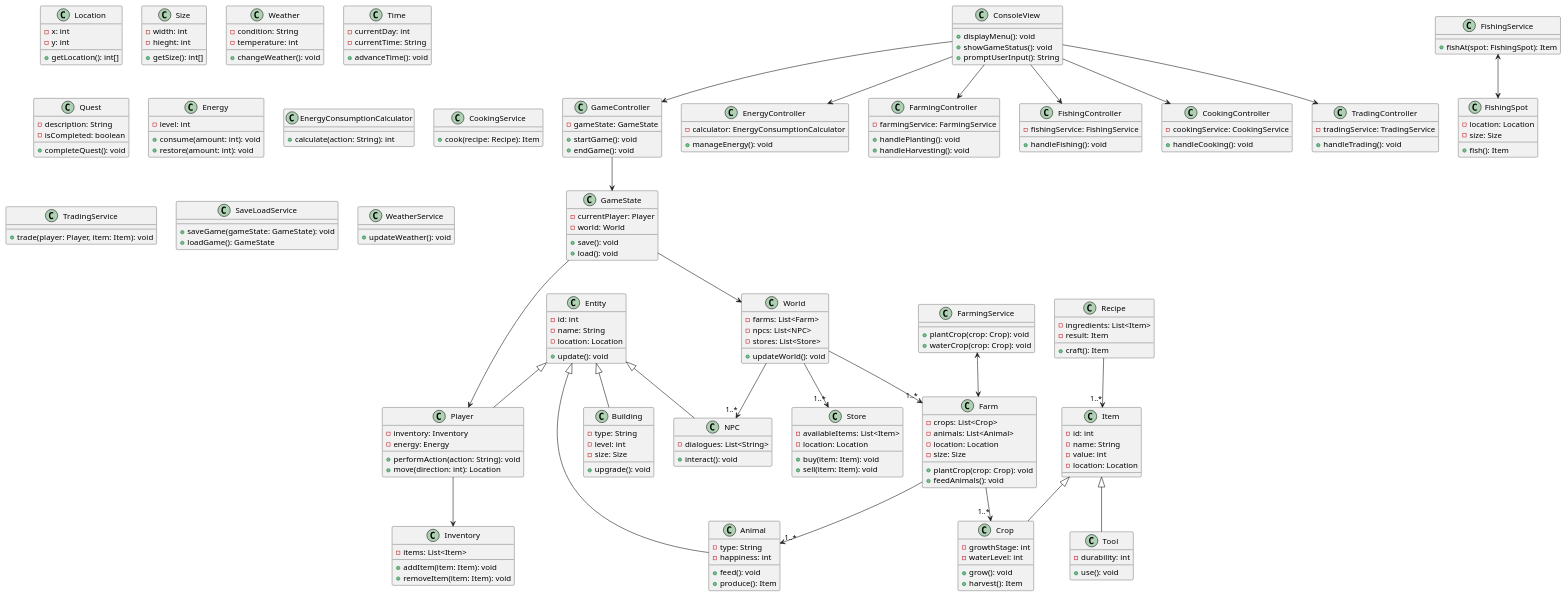
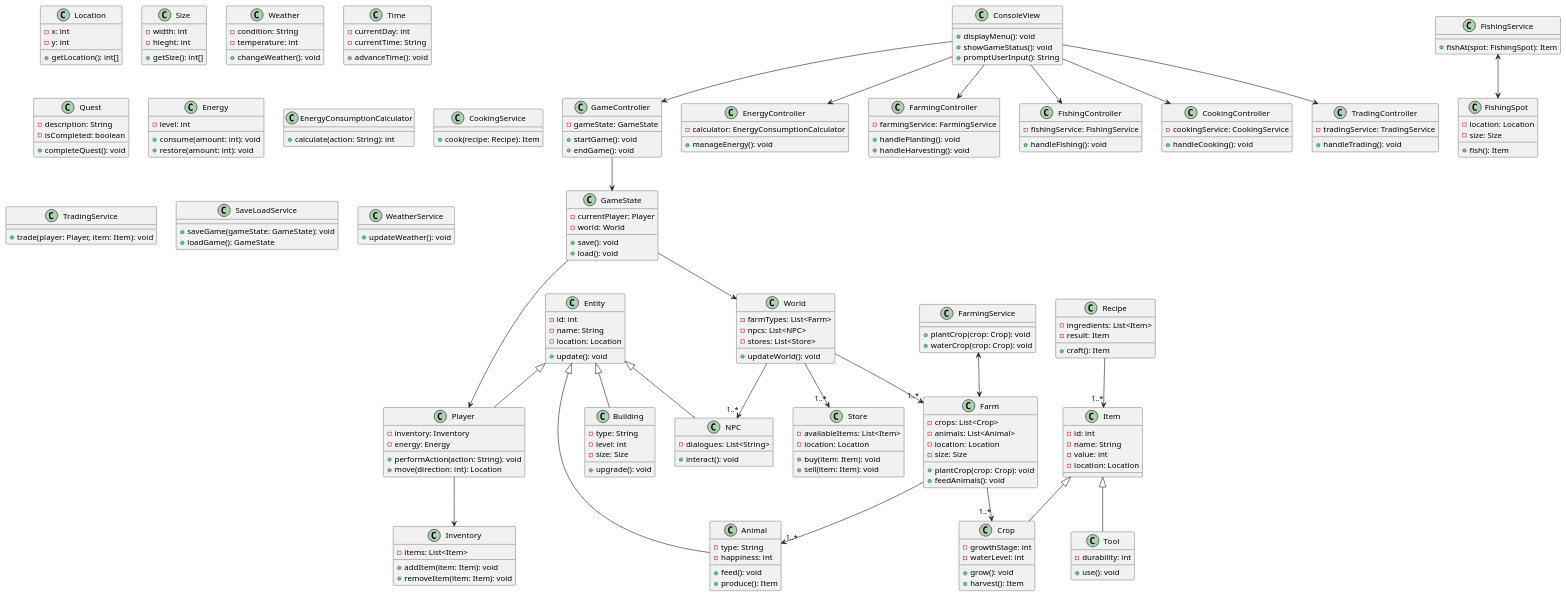
One commit to advanced-programming-sut-2025/advanced-programming-phase-1-group-34 changed the diagram in Diagram-Phase0/diagram.puml. Above: the diagram before and after it, drawn with PlantUML. The commit also changed 35 other files, not shown here.

```diff
--- a/Diagram-Phase0/diagram.puml
+++ b/Diagram-Phase0/diagram.puml
@@ -153,7 +153,7 @@
 
 ' World class
 class World {
-  - farms: List<Farm>
+  - farmTypes: List<Farm>
   - npcs: List<NPC>
   - stores: List<Store>
   + updateWorld(): void
```
